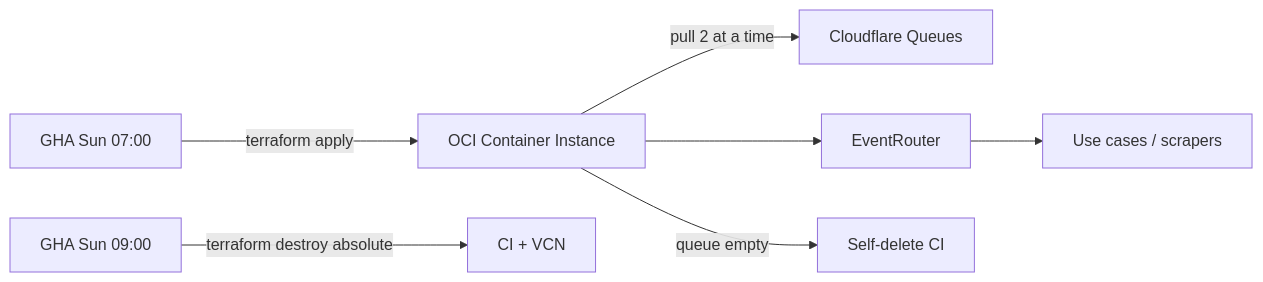
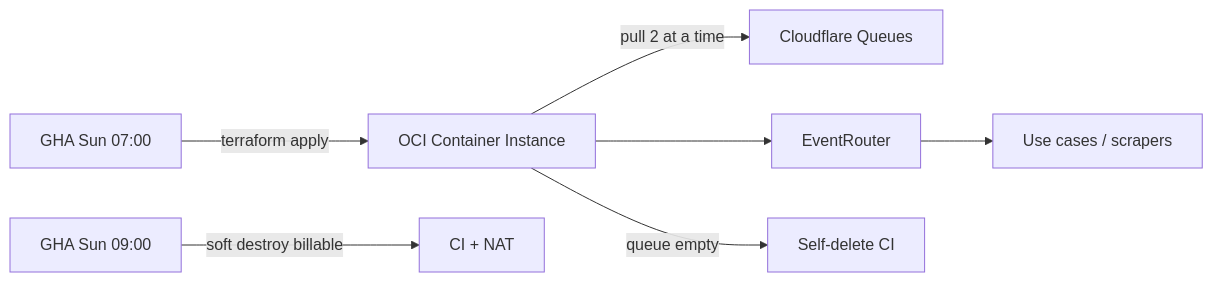
Before and after one commit to emmanuelviniciusdev/SkyDIIV--backstage: the diagram in apps/robot-shopping-suggestions/README.md, drawn with Mermaid. The commit also changed other lines of this file and 11 other files, not shown here.

First line of the commit message:
feat(deploy): soft-destroy weekly; hard-destroy for cost guard and manual

````diff
--- a/apps/robot-shopping-suggestions/README.md
+++ b/apps/robot-shopping-suggestions/README.md
@@ -71,9 +72,9 @@
 ```mermaid
 flowchart LR
   GHA[GHA Sun 07:00] -->|terraform apply| CI[OCI Container Instance]
   CI -->|pull 2 at a time| CFQ[Cloudflare Queues]
   CI --> Router[EventRouter]
   Router --> UC[Use cases / scrapers]
   CI -->|queue empty| SelfDel[Self-delete CI]
-  GHA2[GHA Sun 09:00] -->|terraform destroy absolute| Stack[CI + VCN]
+  GHA2[GHA Sun 09:00] -->|soft destroy billable| Stack[CI + NAT]
 ```
````
